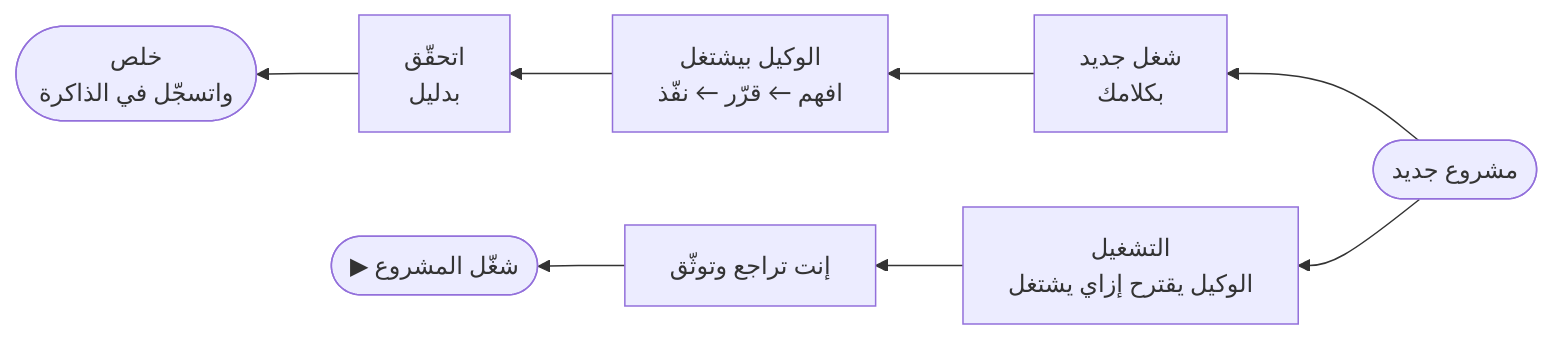
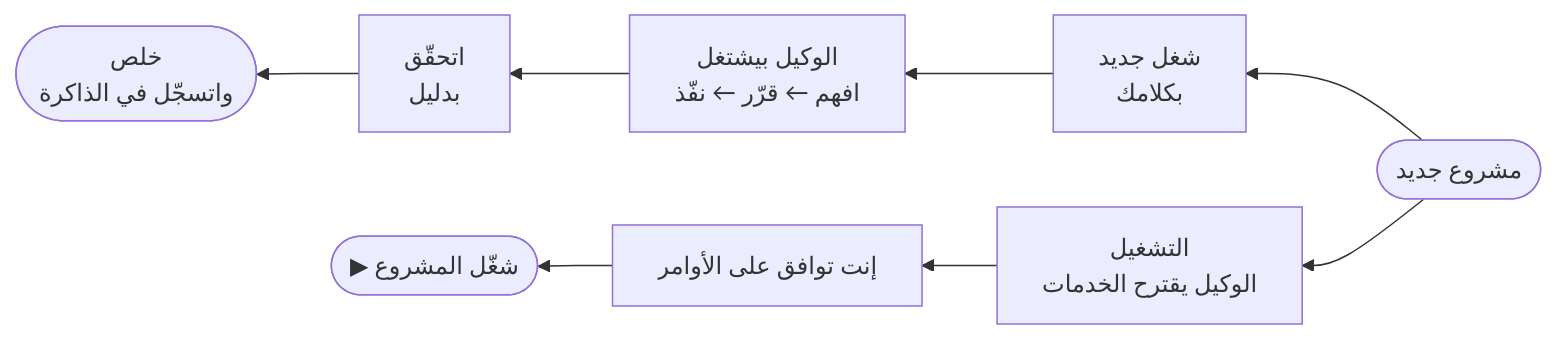
One commit to engmohamedamer/yallaflow changed the diagram in docs/tour.ar.md. Above: the diagram before and after it, drawn with Mermaid. The commit also changed other lines of this file and 386 other files, not shown here.

````diff
--- a/docs/tour.ar.md
+++ b/docs/tour.ar.md
@@ -11,10 +11,10 @@
 ```mermaid
 flowchart RL
     A(["مشروع جديد"]) --> B["شغل جديد<br/>بكلامك"]
     B --> C["الوكيل بيشتغل<br/>افهم ← قرّر ← نفّذ"]
     C --> D["اتحقّق<br/>بدليل"]
     D --> E(["خلص<br/>واتسجّل في الذاكرة"])
-    A --> S["التشغيل<br/>الوكيل يقترح إزاي يشتغل"]
-    S --> T["إنت تراجع وتوثّق"]
+    A --> S["التشغيل<br/>الوكيل يقترح الخدمات"]
+    S --> T["إنت توافق على الأوامر"]
     T --> R(["▶ شغّل المشروع"])
 ```
````
